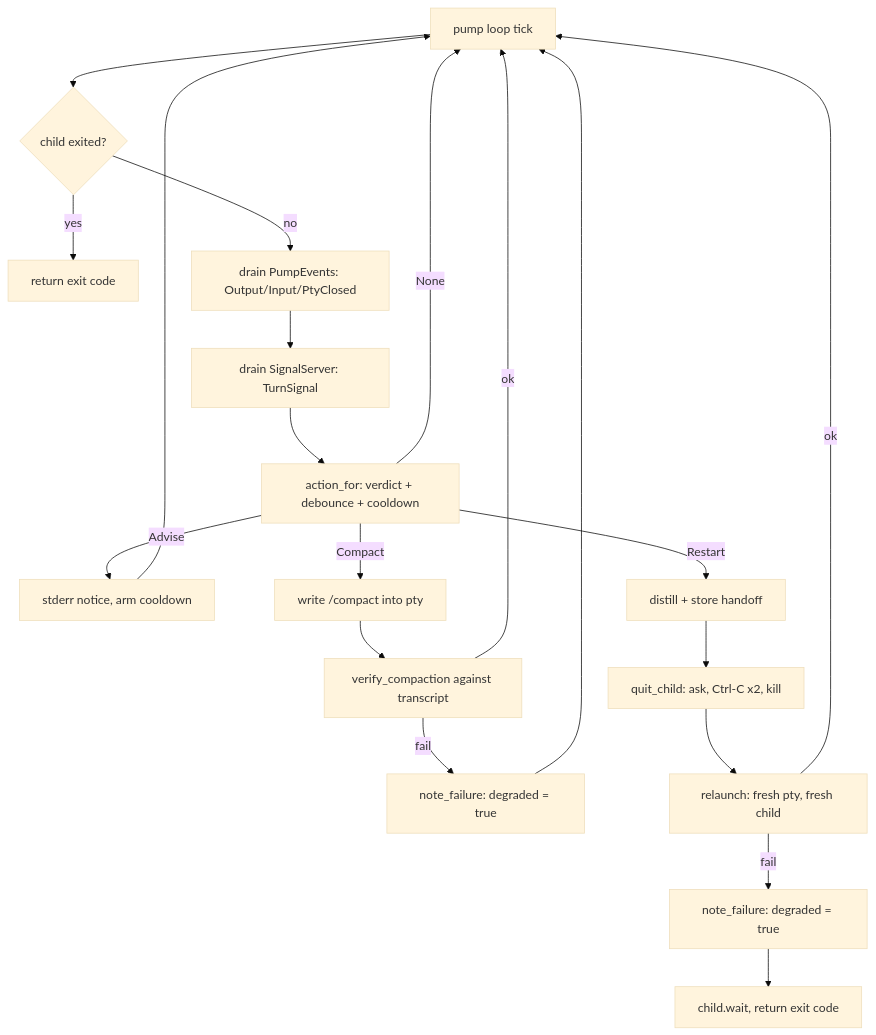
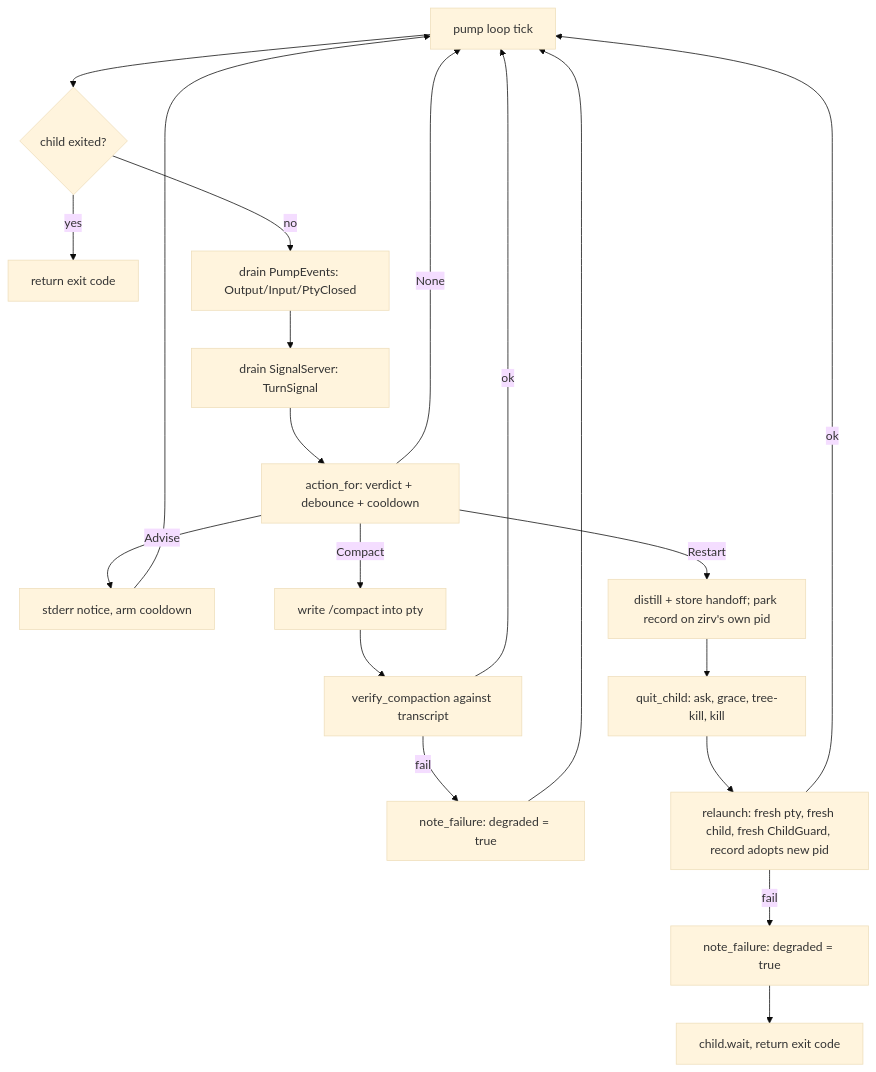
Before and after one commit to Glubiz/zirv-dynamic-cli: the diagram in docs/obsidian/Modules/Ctx Supervisors.md, drawn with Mermaid (base theme). The commit also changed other lines of this file and 6 other files, not shown here.

````diff
--- a/docs/obsidian/Modules/Ctx Supervisors.md
+++ b/docs/obsidian/Modules/Ctx Supervisors.md
@@ -45,22 +45,22 @@
 ```mermaid
 flowchart TD
     A[pump loop tick] --> B{child exited?}
     B -- yes --> Z[return exit code]
     B -- no --> C[drain PumpEvents: Output/Input/PtyClosed]
     C --> D[drain SignalServer: TurnSignal]
     D --> E[action_for: verdict + debounce + cooldown]
     E -- None --> A
     E -- Advise --> F[stderr notice, arm cooldown]
     F --> A
     E -- Compact --> G[write /compact into pty]
     G --> H[verify_compaction against transcript]
     H -- ok --> A
     H -- fail --> N1[note_failure: degraded = true]
     N1 --> A
-    E -- Restart --> I[distill + store handoff]
-    I --> J[quit_child: ask, Ctrl-C x2, kill]
-    J --> K[relaunch: fresh pty, fresh child]
+    E -- Restart --> I[distill + store handoff; park record on zirv's own pid]
+    I --> J[quit_child: ask, grace, tree-kill, kill]
+    J --> K[relaunch: fresh pty, fresh child, fresh ChildGuard, record adopts new pid]
     K -- ok --> A
     K -- fail --> N2[note_failure: degraded = true]
     N2 --> L[child.wait, return exit code]
 ```
````
